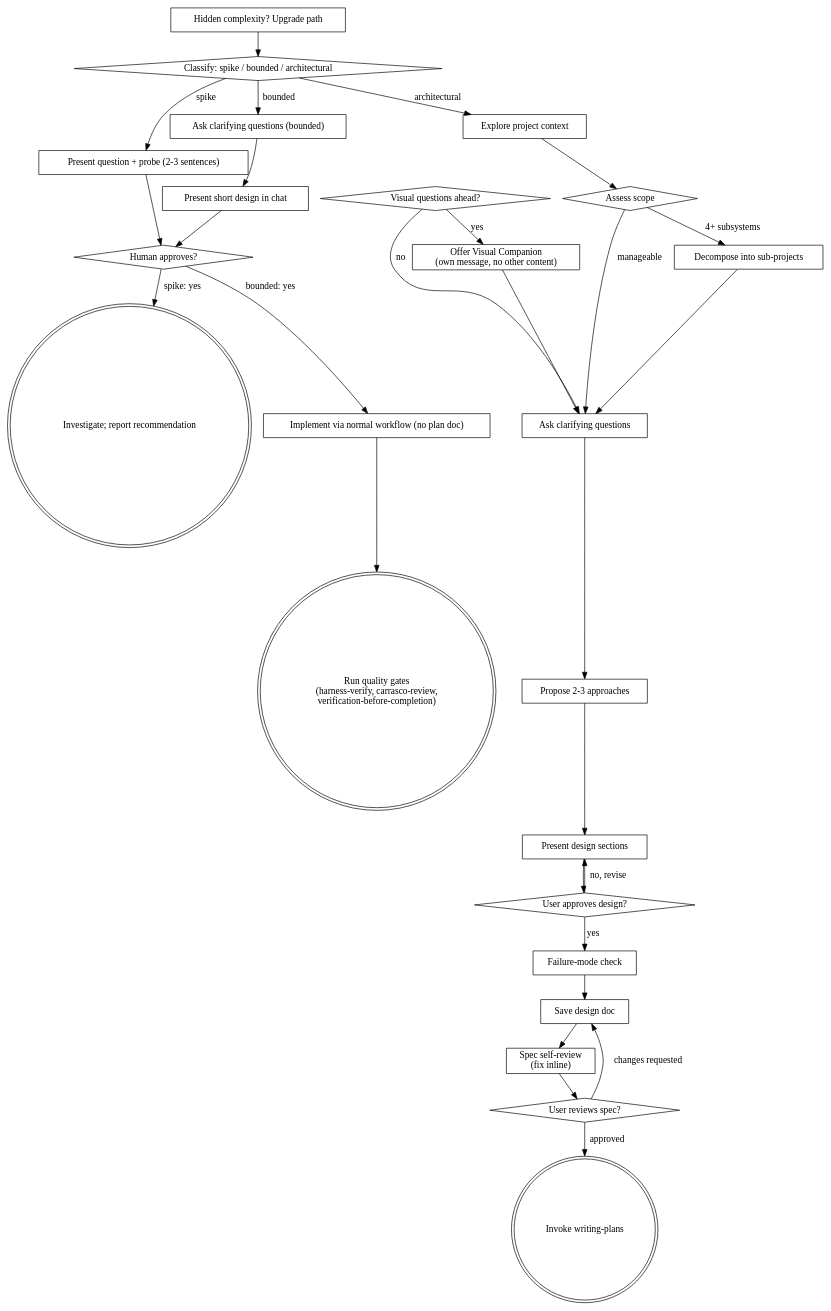
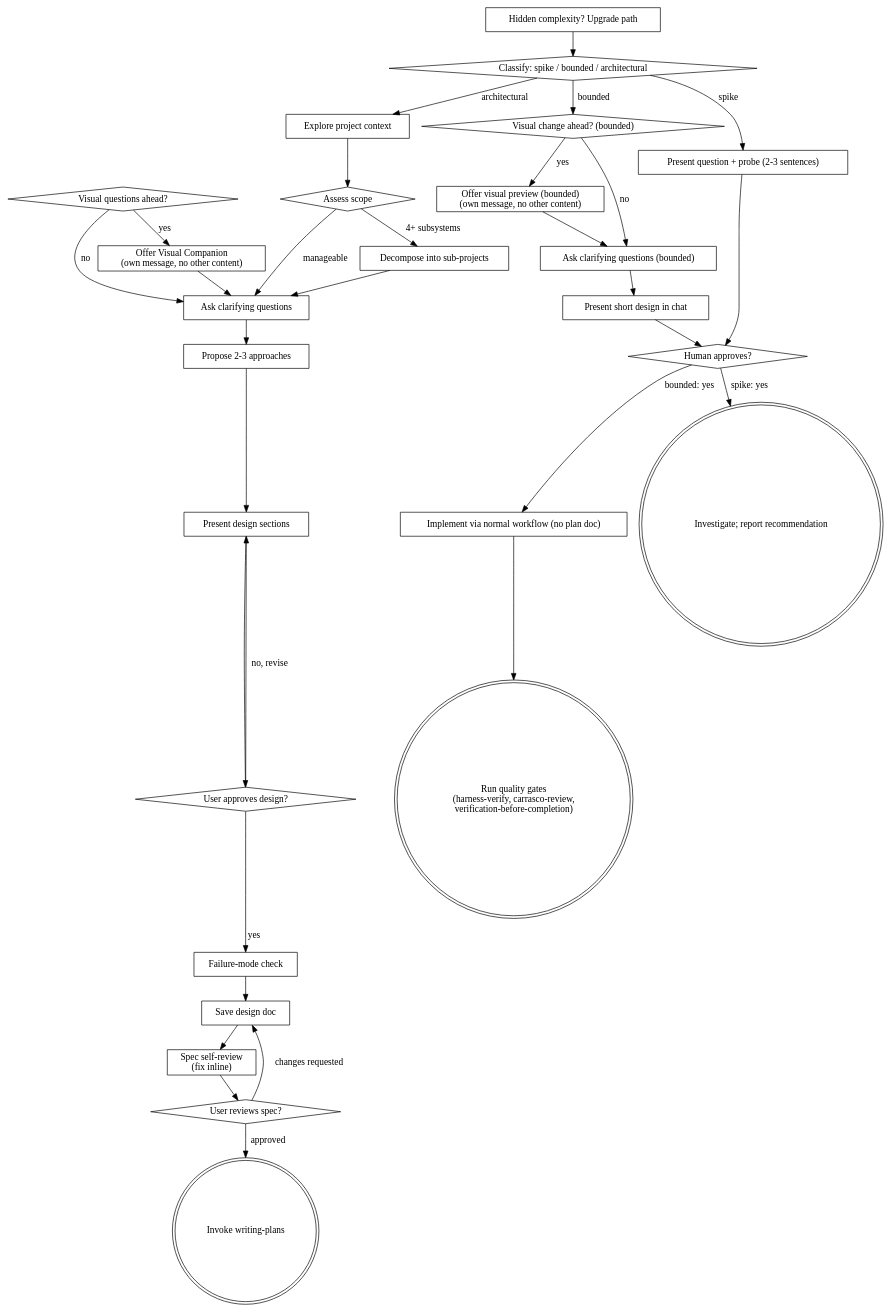
The diagram in skills/brainstorming/SKILL.md (josuerf/superpowers), drawn with Graphviz before and after one commit. The commit also changed other lines of this file and 8 other files, not shown here.

First line of the commit message:
feat(brainstorming,carrasco-review): reinforce visual preview offer; add inline chunking defaults

````diff
--- a/skills/brainstorming/SKILL.md
+++ b/skills/brainstorming/SKILL.md
@@ -126,55 +130,60 @@
 ```dot
 digraph brainstorming {
     "Classify: spike / bounded / architectural" [shape=diamond];
     "Present question + probe (2-3 sentences)" [shape=box];
+    "Visual change ahead? (bounded)" [shape=diamond];
+    "Offer visual preview (bounded)\n(own message, no other content)" [shape=box];
     "Ask clarifying questions (bounded)" [shape=box];
     "Present short design in chat" [shape=box];
     "Human approves?" [shape=diamond];
     "Investigate; report recommendation" [shape=doublecircle];
     "Implement via normal workflow (no plan doc)" [shape=box];
     "Explore project context" [shape=box];
     "Visual questions ahead?" [shape=diamond];
     "Offer Visual Companion\n(own message, no other content)" [shape=box];
     "Assess scope" [shape=diamond];
     "Decompose into sub-projects" [shape=box];
     "Ask clarifying questions" [shape=box];
     "Propose 2-3 approaches" [shape=box];
     "Present design sections" [shape=box];
     "User approves design?" [shape=diamond];
     "Failure-mode check" [shape=box];
     "Save design doc" [shape=box];
     "Spec self-review\n(fix inline)" [shape=box];
     "User reviews spec?" [shape=diamond];
     "Invoke writing-plans" [shape=doublecircle];
     "Hidden complexity? Upgrade path" [shape=box];
     "Run quality gates\n(harness-verify, carrasco-review,\nverification-before-completion)" [shape=doublecircle];
 
     "Classify: spike / bounded / architectural" -> "Present question + probe (2-3 sentences)" [label="spike"];
-    "Classify: spike / bounded / architectural" -> "Ask clarifying questions (bounded)" [label="bounded"];
+    "Classify: spike / bounded / architectural" -> "Visual change ahead? (bounded)" [label="bounded"];
     "Classify: spike / bounded / architectural" -> "Explore project context" [label="architectural"];
     "Present question + probe (2-3 sentences)" -> "Human approves?";
+    "Visual change ahead? (bounded)" -> "Offer visual preview (bounded)\n(own message, no other content)" [label="yes"];
+    "Visual change ahead? (bounded)" -> "Ask clarifying questions (bounded)" [label="no"];
+    "Offer visual preview (bounded)\n(own message, no other content)" -> "Ask clarifying questions (bounded)";
     "Ask clarifying questions (bounded)" -> "Present short design in chat";
     "Present short design in chat" -> "Human approves?";
     "Human approves?" -> "Investigate; report recommendation" [label="spike: yes"];
     "Human approves?" -> "Implement via normal workflow (no plan doc)" [label="bounded: yes"];
     "Implement via normal workflow (no plan doc)" -> "Run quality gates\n(harness-verify, carrasco-review,\nverification-before-completion)";
     "Hidden complexity? Upgrade path" -> "Classify: spike / bounded / architectural";
     "Explore project context" -> "Assess scope";
     "Visual questions ahead?" -> "Offer Visual Companion\n(own message, no other content)" [label="yes"];
     "Visual questions ahead?" -> "Ask clarifying questions" [label="no"];
     "Offer Visual Companion\n(own message, no other content)" -> "Ask clarifying questions";
     "Assess scope" -> "Decompose into sub-projects" [label="4+ subsystems"];
     "Assess scope" -> "Ask clarifying questions" [label="manageable"];
     "Decompose into sub-projects" -> "Ask clarifying questions";
     "Ask clarifying questions" -> "Propose 2-3 approaches";
     "Propose 2-3 approaches" -> "Present design sections";
     "Present design sections" -> "User approves design?";
     "User approves design?" -> "Present design sections" [label="no, revise"];
     "User approves design?" -> "Failure-mode check" [label="yes"];
     "Failure-mode check" -> "Save design doc";
     "Save design doc" -> "Spec self-review\n(fix inline)";
     "Spec self-review\n(fix inline)" -> "User reviews spec?";
     "User reviews spec?" -> "Save design doc" [label="changes requested"];
     "User reviews spec?" -> "Invoke writing-plans" [label="approved"];
 }
 ```
````
